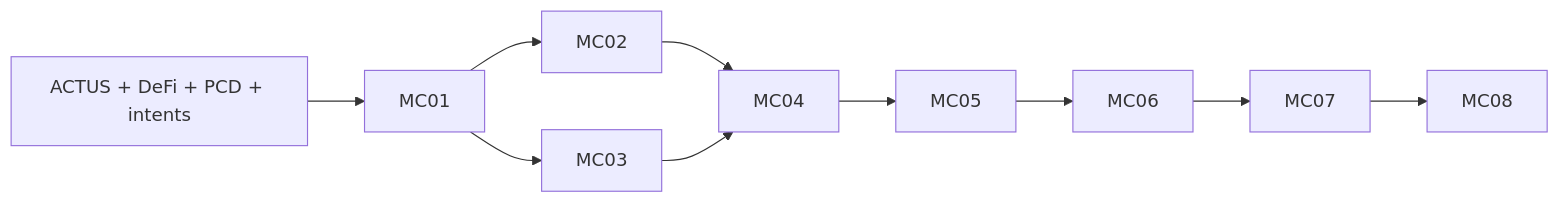
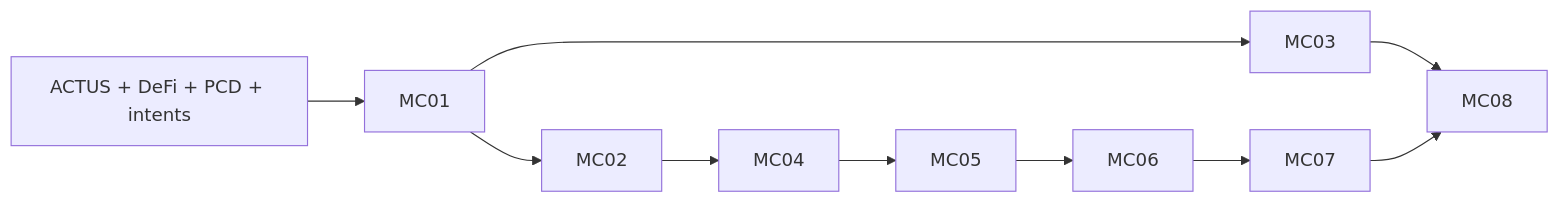
The diagram in openspec/MORIARTY-COMPLETION-PROGRAM.md (CharlesHoskinson/Moriarty), drawn with Mermaid before and after one commit. The commit also changed other lines of this file and 1636 other files, not shown here.

Commit message:
Checkpoint uncommitted session work and language-to-ledger roadmap

````diff
--- a/openspec/MORIARTY-COMPLETION-PROGRAM.md
+++ b/openspec/MORIARTY-COMPLETION-PROGRAM.md
@@ -49,12 +49,12 @@
 ```mermaid
 flowchart LR
   Targets[ACTUS + DeFi + PCD + intents] --> MC01
   MC01 --> MC02
   MC01 --> MC03
   MC02 --> MC04
-  MC03 --> MC04
+  MC03 --> MC08
   MC04 --> MC05
   MC05 --> MC06
   MC06 --> MC07
   MC07 --> MC08
 ```
````
